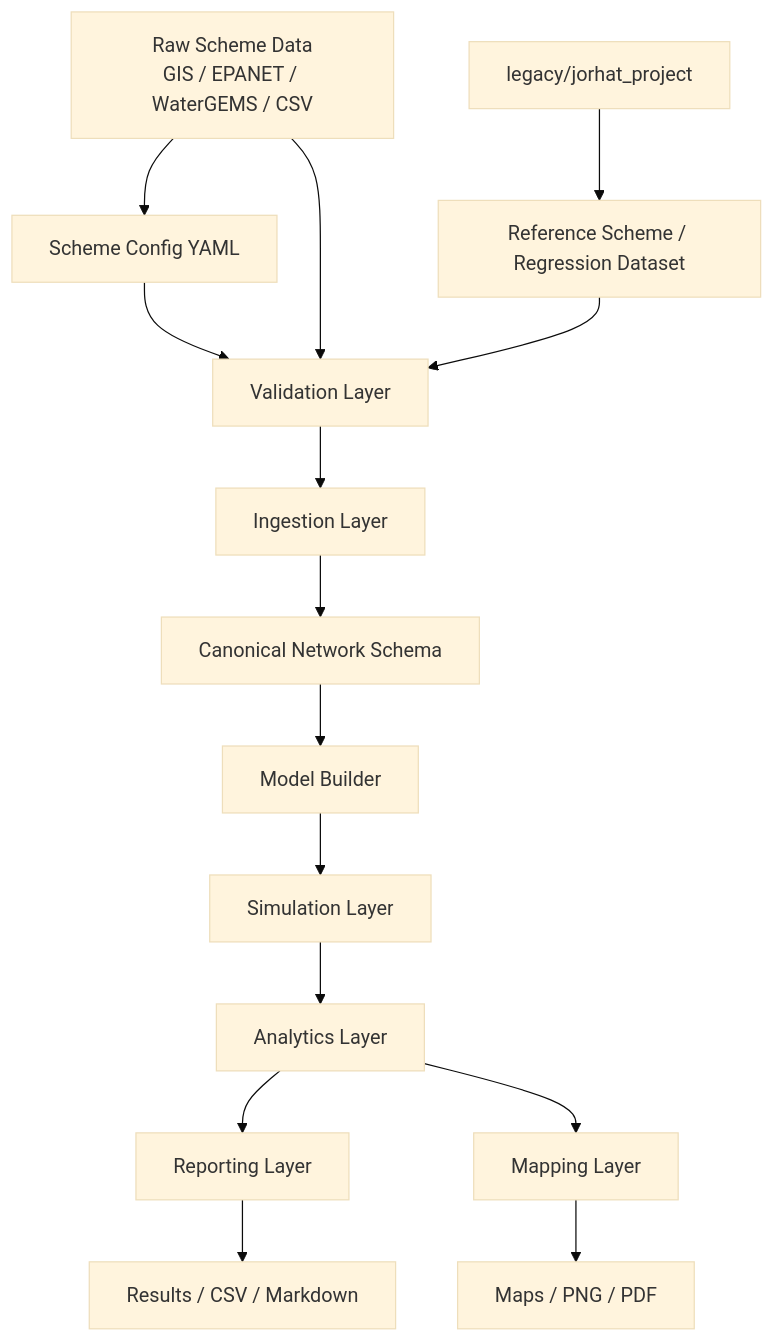
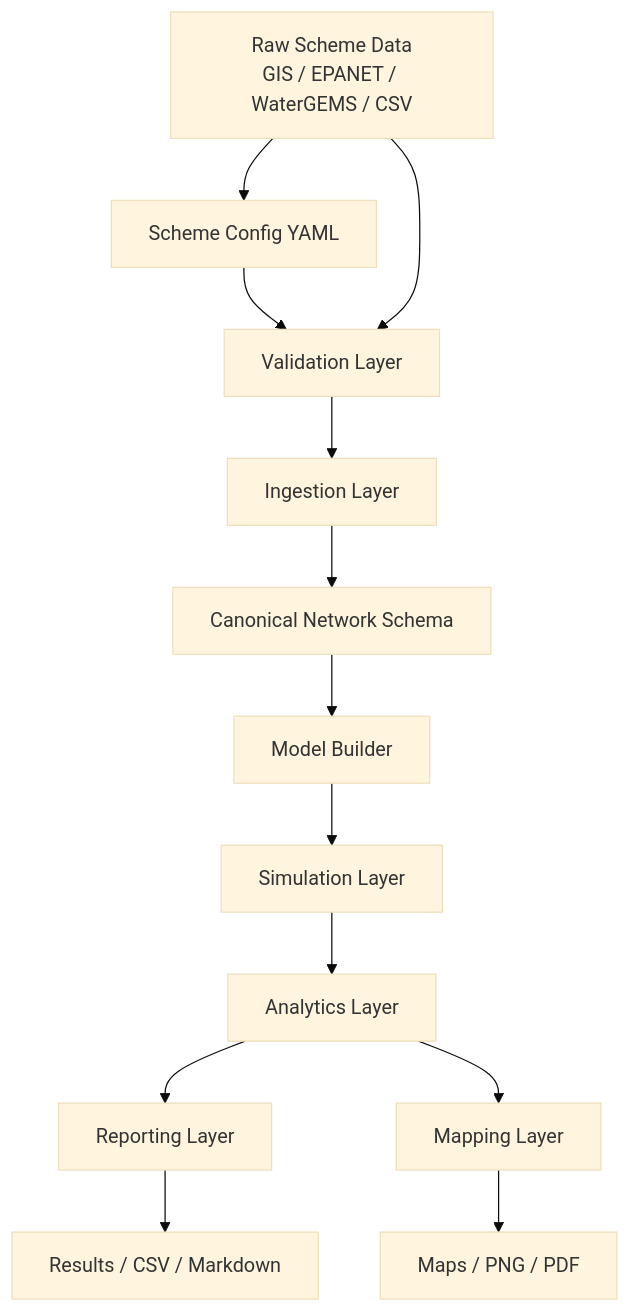
Before and after one commit to amaljit3022/DharaNokxa: the diagram in SYSTEM_ARCHITECTURE.md, drawn with Mermaid (base theme). The commit also changed other lines of this file and 15 other files, not shown here.

````diff
--- a/SYSTEM_ARCHITECTURE.md
+++ b/SYSTEM_ARCHITECTURE.md
@@ -12,18 +12,16 @@
 ```mermaid
 flowchart TD
     A[Raw Scheme Data<br/>GIS / EPANET / WaterGEMS / CSV] --> B[Scheme Config YAML]
     B --> C[Validation Layer]
     A --> C
     C --> D[Ingestion Layer]
     D --> E[Canonical Network Schema]
     E --> F[Model Builder]
     F --> G[Simulation Layer]
     G --> H[Analytics Layer]
     H --> I[Reporting Layer]
     H --> J[Mapping Layer]
     I --> K[Results / CSV / Markdown]
     J --> L[Maps / PNG / PDF]
 
-    M[legacy/jorhat_project] --> N[Reference Scheme / Regression Dataset]
-    N --> C
 ```
````
